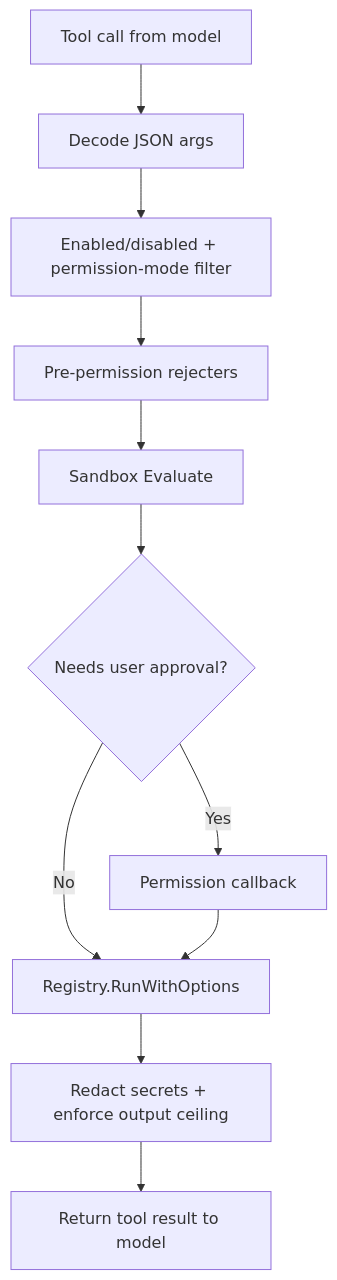
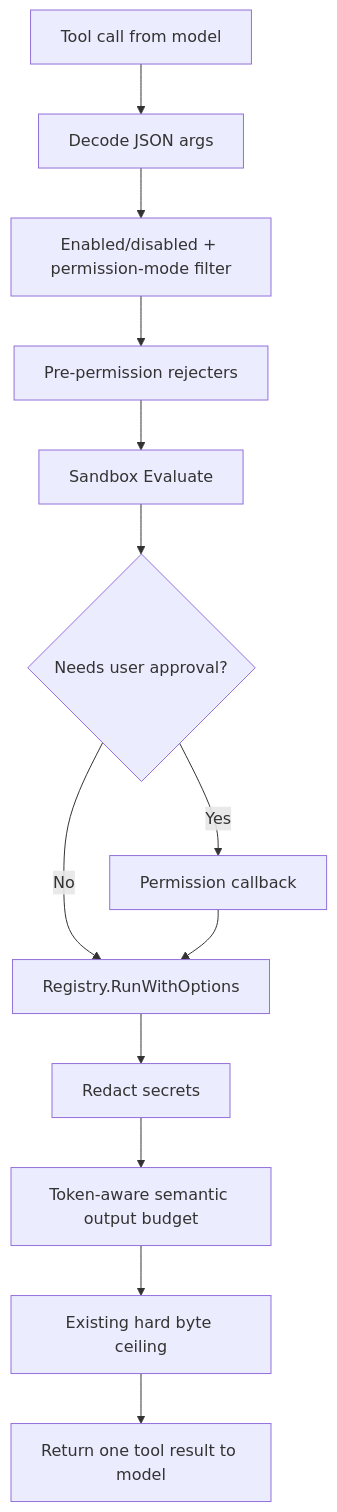
One commit to quebragalho-dev/quebragalho-cli changed diagram 12 of 16 in docs/HOW_ZERO_WORKS.md. Above: the diagram before and after it, drawn with Mermaid. The commit also changed other lines of this file and 29 other files, not shown here.

First line of the commit message:
perf(output): add token-aware semantic output budgeting (PR11) (#717)

````diff
--- a/docs/HOW_ZERO_WORKS.md
+++ b/docs/HOW_ZERO_WORKS.md
@@ -597,13 +598,15 @@
 ```mermaid
 flowchart TD
     AgentToolCall[Tool call from model] --> Decode[Decode JSON args]
     Decode --> Filter[Enabled/disabled + permission-mode filter]
     Filter --> Precheck[Pre-permission rejecters]
     Precheck --> SandboxEval[Sandbox Evaluate]
     SandboxEval --> Prompt{Needs user approval?}
     Prompt -- Yes --> Decision[Permission callback]
     Prompt -- No --> Run[Registry.RunWithOptions]
     Decision --> Run
-    Run --> Redact[Redact secrets + enforce output ceiling]
-    Redact --> Message[Return tool result to model]
+    Run --> Redact[Redact secrets]
+    Redact --> Budget[Token-aware semantic output budget]
+    Budget --> Ceiling[Existing hard byte ceiling]
+    Ceiling --> Message[Return one tool result to model]
 ```
````
